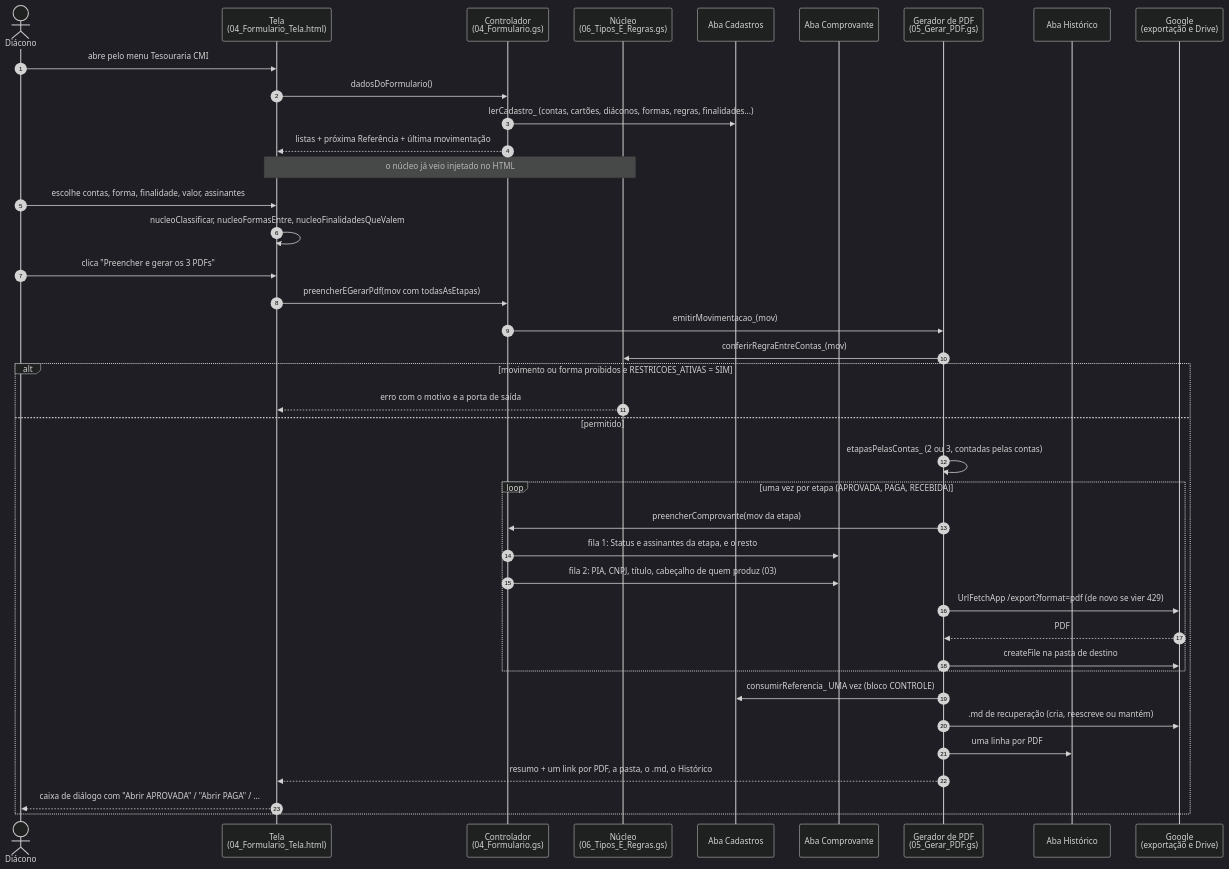
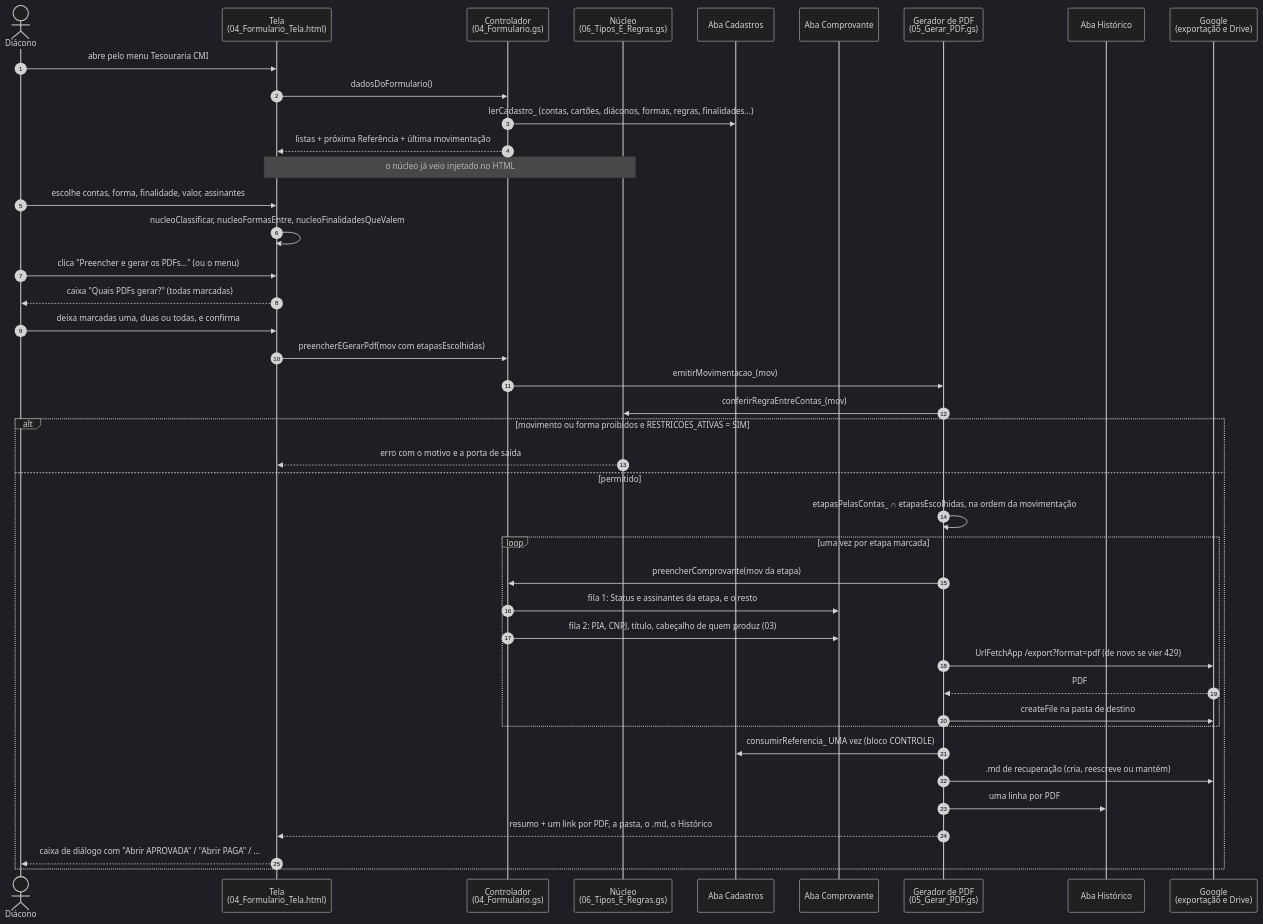
The third of 4 diagrams in docs/ARQUITETURA.md (taynaves/gerador-cmi-tesouraria), drawn with Mermaid (dark theme) before and after one commit. The commit also changed other lines of this file and 14 other files, not shown here.

````diff
--- a/docs/ARQUITETURA.md
+++ b/docs/ARQUITETURA.md
@@ -122,43 +123,45 @@
 ```mermaid
 sequenceDiagram
   autonumber
   actor D as Diácono
   participant T as Tela<br/>(04_Formulario_Tela.html)
   participant F as Controlador<br/>(04_Formulario.gs)
   participant N as Núcleo<br/>(06_Tipos_E_Regras.gs)
   participant CA as Aba Cadastros
   participant CO as Aba Comprovante
   participant P as Gerador de PDF<br/>(05_Gerar_PDF.gs)
   participant H as Aba Histórico
   participant G as Google<br/>(exportação e Drive)
 
   D->>T: abre pelo menu Tesouraria CMI
   T->>F: dadosDoFormulario()
   F->>CA: lerCadastro_ (contas, cartões, diáconos, formas, regras, finalidades...)
   F-->>T: listas + próxima Referência + última movimentação
   Note over T,N: o núcleo já veio injetado no HTML
   D->>T: escolhe contas, forma, finalidade, valor, assinantes
   T->>T: nucleoClassificar, nucleoFormasEntre, nucleoFinalidadesQueValem
-  D->>T: clica "Preencher e gerar os 3 PDFs"
-  T->>F: preencherEGerarPdf(mov com todasAsEtapas)
+  D->>T: clica "Preencher e gerar os PDFs…" (ou o menu)
+  T-->>D: caixa "Quais PDFs gerar?" (todas marcadas)
+  D->>T: deixa marcadas uma, duas ou todas, e confirma
+  T->>F: preencherEGerarPdf(mov com etapasEscolhidas)
   F->>P: emitirMovimentacao_(mov)
   P->>N: conferirRegraEntreContas_(mov)
   alt movimento ou forma proibidos e RESTRICOES_ATIVAS = SIM
     N-->>T: erro com o motivo e a porta de saída
   else permitido
-    P->>P: etapasPelasContas_ (2 ou 3, contadas pelas contas)
-    loop uma vez por etapa (APROVADA, PAGA, RECEBIDA)
+    P->>P: etapasPelasContas_ ∩ etapasEscolhidas, na ordem da movimentação
+    loop uma vez por etapa marcada
       P->>F: preencherComprovante(mov da etapa)
       F->>CO: fila 1: Status e assinantes da etapa, e o resto
       F->>CO: fila 2: PIA, CNPJ, título, cabeçalho de quem produz (03)
       P->>G: UrlFetchApp /export?format=pdf (de novo se vier 429)
       G-->>P: PDF
       P->>G: createFile na pasta de destino
     end
     P->>CA: consumirReferencia_ UMA vez (bloco CONTROLE)
     P->>G: .md de recuperação (cria, reescreve ou mantém)
     P->>H: uma linha por PDF
     P-->>T: resumo + um link por PDF, a pasta, o .md, o Histórico
     T-->>D: caixa de diálogo com "Abrir APROVADA" / "Abrir PAGA" / ...
   end
 ```
````
